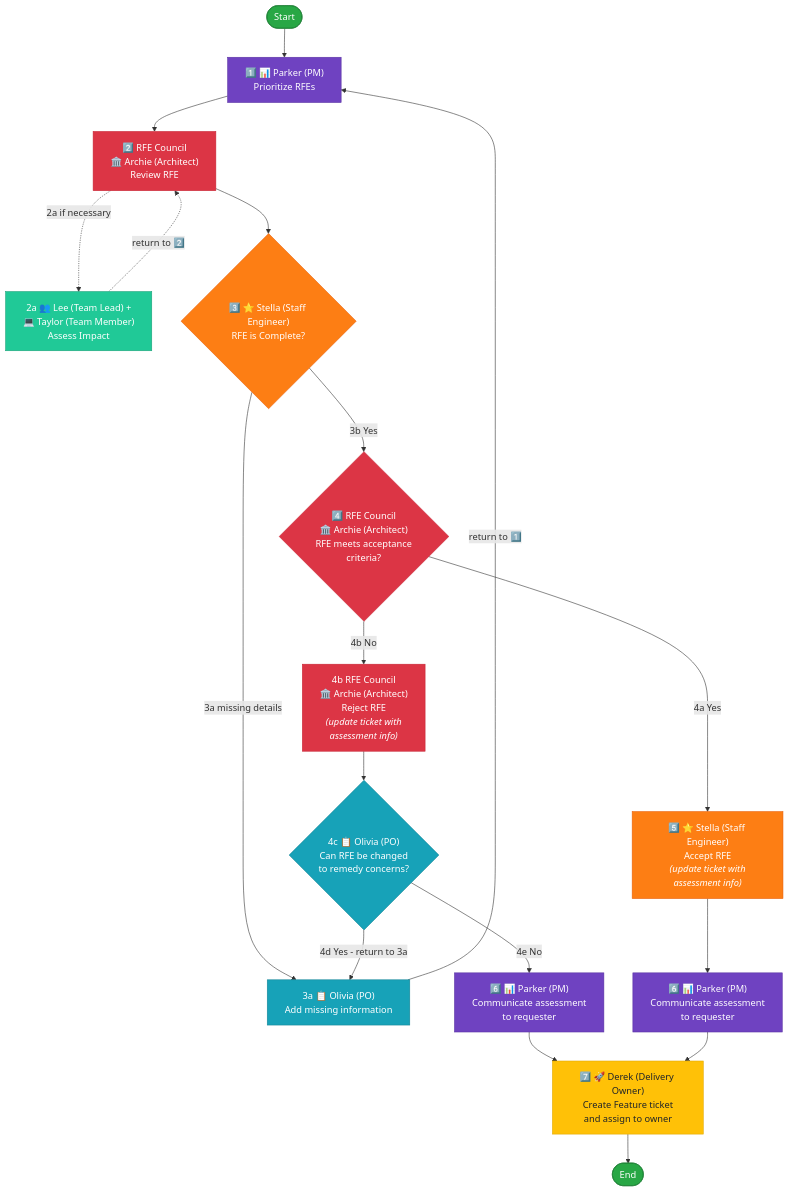
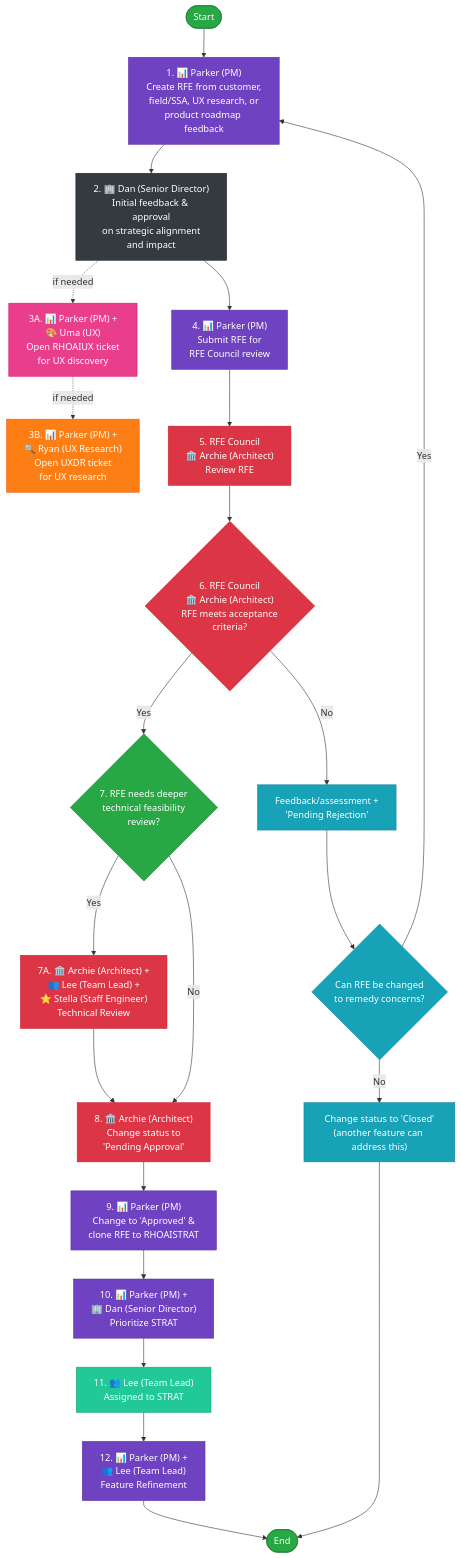
One commit to sbekkerm/vTeam changed the diagram in diagrams/rfe-council-workflow-2025-08-mermaid.mmd. Above: the diagram before and after it, drawn with Mermaid. The commit also changed 1 other file, not shown here.

Commit message:
Update RFE council workflow diagram (#32)

```diff
--- a/diagrams/rfe-council-workflow-2025-08-mermaid.mmd
+++ b/diagrams/rfe-council-workflow-2025-08-mermaid.mmd
@@ -1,43 +1,57 @@
 flowchart TD
-    Start([Start]) --> PrioritizeRFE["1️⃣ 📊 Parker (PM)<br/>Prioritize RFEs"]
+    Start([Start]) --> CreateRFE["1. 📊 Parker (PM)<br/>Create RFE from customer,<br/>field/SSA, UX research, or<br/>product roadmap feedback"]
     
-    PrioritizeRFE --> ReviewRFE["2️⃣ RFE Council<br/>🏛️ Archie (Architect)<br/>Review RFE"]
-    ReviewRFE -.->|2a if necessary| AssessImpact["2a 👥 Lee (Team Lead) +<br/>💻 Taylor (Team Member)<br/>Assess Impact"]
-    AssessImpact -.->|return to 2️⃣| ReviewRFE
+    CreateRFE --> GetApproval["2. 🏢 Dan (Senior Director)<br/>Initial feedback & approval<br/>on strategic alignment<br/>and impact"]
     
-    ReviewRFE --> RFEComplete{"3️⃣ ⭐ Stella (Staff Engineer)<br/>RFE is Complete?"}
-    RFEComplete -->|3a missing details| AddInfo["3a 📋 Olivia (PO)<br/>Add missing information"]
-    AddInfo -->|return to 1️⃣| PrioritizeRFE
+    GetApproval -.->|if needed| UXDiscovery["3A. 📊 Parker (PM) +<br/>🎨 Uma (UX)<br/>Open RHOAIUX ticket<br/>for UX discovery"]
+    UXDiscovery -.->|if needed| UXResearch["3B. 📊 Parker (PM) +<br/>🔍 Ryan (UX Research)<br/>Open UXDR ticket<br/>for UX research"]
     
-    RFEComplete -->|3b Yes| RFEMeets{"4️⃣ RFE Council<br/>🏛️ Archie (Architect)<br/>RFE meets acceptance<br/>criteria?"}
+    GetApproval --> SubmitRFE["4. 📊 Parker (PM)<br/>Submit RFE for<br/>RFE Council review"]
     
-    RFEMeets -->|4a Yes| AcceptRFE["5️⃣ ⭐ Stella (Staff Engineer)<br/>Accept RFE<br/><i>(update ticket with<br/>assessment info)</i>"]
-    RFEMeets -->|4b No| RejectRFE["4b RFE Council<br/>🏛️ Archie (Architect)<br/>Reject RFE<br/><i>(update ticket with<br/>assessment info)</i>"]
+    SubmitRFE --> ArchieReview["5. RFE Council<br/>🏛️ Archie (Architect)<br/>Review RFE"]
     
-    RejectRFE --> CanChange{"4c 📋 Olivia (PO)<br/>Can RFE be changed<br/>to remedy concerns?"}
-    CanChange -->|4d Yes - return to 3a| AddInfo
-    CanChange -->|4e No| CommReject["6️⃣ 📊 Parker (PM)<br/>Communicate assessment<br/>to requester"]
+    ArchieReview --> MeetsAcceptance{"6. RFE Council<br/>🏛️ Archie (Architect)<br/>RFE meets acceptance<br/>criteria?"}
     
-    AcceptRFE --> CommAccept["6️⃣ 📊 Parker (PM)<br/>Communicate assessment<br/>to requester"]
+    MeetsAcceptance -->|No| PendingReject["Feedback/assessment +<br/>'Pending Rejection'"]
+    PendingReject --> CanRemedy{"Can RFE be changed<br/>to remedy concerns?"}
+    CanRemedy -->|Yes| CreateRFE
+    CanRemedy -->|No| CloseRFE["Change status to 'Closed'<br/>(another feature can address this)"]
     
-    CommReject --> CreateTicket["7️⃣ 🚀 Derek (Delivery Owner)<br/>Create Feature ticket<br/>and assign to owner"]
-    CommAccept --> CreateTicket
+    MeetsAcceptance -->|Yes| NeedsTechReview{"7. RFE needs deeper<br/>technical feasibility<br/>review?"}
     
-    CreateTicket --> End([End])
+    NeedsTechReview -->|Yes| TechReview["7A. 🏛️ Archie (Architect) +<br/>👥 Lee (Team Lead) +<br/>⭐ Stella (Staff Engineer)<br/>Technical Review"]
+    TechReview --> PendingApproval
+    
+    NeedsTechReview -->|No| PendingApproval["8. 🏛️ Archie (Architect)<br/>Change status to<br/>'Pending Approval'"]
+    
+    PendingApproval --> Approved["9. 📊 Parker (PM)<br/>Change to 'Approved' &<br/>clone RFE to RHOAISTRAT"]
+    
+    Approved --> PrioritizeSTRAT["10. 📊 Parker (PM) +<br/>🏢 Dan (Senior Director)<br/>Prioritize STRAT"]
+    
+    PrioritizeSTRAT --> AssignLee["11. 👥 Lee (Team Lead)<br/>Assigned to STRAT"]
+    
+    AssignLee --> FeatureRefinement["12. 📊 Parker (PM) +<br/>👥 Lee (Team Lead)<br/>Feature Refinement"]
+    
+    FeatureRefinement --> End([End])
+    CloseRFE --> End
     
     %% Agent role-based styling
     classDef startEnd fill:#28a745,stroke:#1e7e34,color:#fff
     classDef productManager fill:#6f42c1,stroke:#5a32a3,color:#fff
+    classDef seniorDirector fill:#343a40,stroke:#212529,color:#fff
+    classDef ux fill:#e83e8c,stroke:#d91a72,color:#fff
+    classDef uxResearch fill:#fd7e14,stroke:#e8610e,color:#fff
+    classDef architect fill:#dc3545,stroke:#c82333,color:#fff
+    classDef staffEngineer fill:#28a745,stroke:#1e7e34,color:#fff
+    classDef teamLead fill:#20c997,stroke:#1aa179,color:#fff
     classDef productOwner fill:#17a2b8,stroke:#138496,color:#fff
-    classDef architect fill:#dc3545,stroke:#c82333,color:#fff
-    classDef staffEngineer fill:#fd7e14,stroke:#e8610e,color:#fff
-    classDef teamLead fill:#20c997,stroke:#1aa179,color:#fff
-    classDef deliveryOwner fill:#ffc107,stroke:#e0a800,color:#212529
     
     class Start,End startEnd
-    class PrioritizeRFE,CommReject,CommAccept productManager
-    class AddInfo,CanChange productOwner
-    class ReviewRFE,RFEMeets,RejectRFE architect
-    class RFEComplete,AcceptRFE staffEngineer
-    class AssessImpact teamLead
-    class CreateTicket deliveryOwner
+    class CreateRFE,SubmitRFE,Approved,PrioritizeSTRAT,FeatureRefinement productManager
+    class GetApproval seniorDirector
+    class UXDiscovery ux
+    class UXResearch uxResearch
+    class ArchieReview,MeetsAcceptance,TechReview,PendingApproval architect
+    class NeedsTechReview staffEngineer
+    class AssignLee teamLead
+    class PendingReject,CanRemedy,CloseRFE productOwner
```
